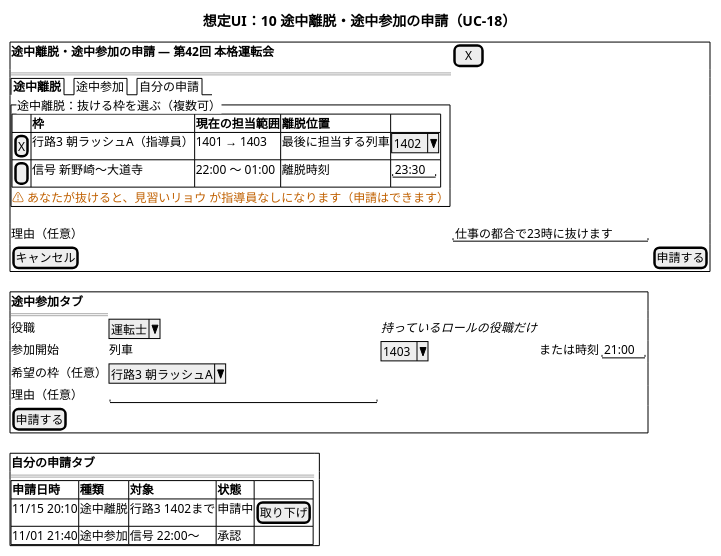
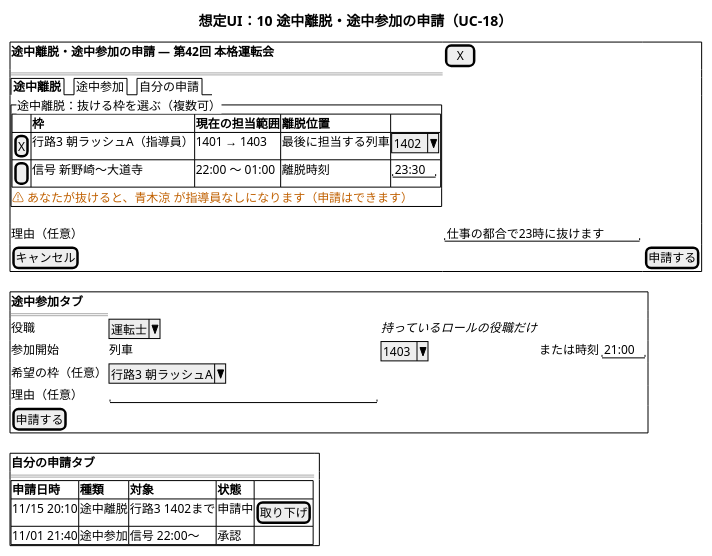
Before and after one commit to daidoji-traincrew-office/Tatehama_shukkindai: the diagram in Docs/diagrams/ui/10_途中離脱参加申請.puml, drawn with PlantUML. The commit also changed 34 other files, not shown here.

```diff
--- a/Docs/diagrams/ui/10_途中離脱参加申請.puml
+++ b/Docs/diagrams/ui/10_途中離脱参加申請.puml
@@ -1,41 +1,41 @@
 @startsalt ui-10
 skinparam defaultFontName "Yu Gothic UI"
 title 想定UI：10 途中離脱・途中参加の申請（UC-18）
 {
   {+
     <b>途中離脱・途中参加の申請 ― 第42回 本格運転会                     | [ X ]
     ==
     {/ <b>途中離脱 | 途中参加 | 自分の申請 }
     {^"途中離脱：抜ける枠を選ぶ（複数可）"
       {#
         . | <b>枠 | <b>現在の担当範囲 | <b>離脱位置 | .
         [X] | 行路3 朝ラッシュA（指導員） | 1401 → 1403 | 最後に担当する列車 | ^1402^
         [ ] | 信号 新野崎～大道寺 | 22:00 ～ 01:00 | 離脱時刻 | "23:30"
       }
-      <color:#C06000>⚠ あなたが抜けると、見習いリョウ が指導員なしになります（申請はできます）</color>
+      <color:#C06000>⚠ あなたが抜けると、青木涼 が指導員なしになります（申請はできます）</color>
     }
     理由（任意） | "仕事の都合で23時に抜けます          "
     [キャンセル] | . | [申請する]
   }
   .
   {+
     <b>途中参加タブ                                                    | .
     ==
     役職 | ^運転士^ | <i>持っているロールの役職だけ</i>
     参加開始 | 列車 | ^1403^ | または時刻 | "21:00"
     希望の枠（任意） | ^行路3 朝ラッシュA^
     理由（任意） | "                                 "
     [申請する]
   }
   .
   {+
     <b>自分の申請タブ                                                  | .
     ==
     {#
       <b>申請日時 | <b>種類 | <b>対象 | <b>状態 | .
       11/15 20:10 | 途中離脱 | 行路3 1402まで | 申請中 | [取り下げ]
       11/01 21:40 | 途中参加 | 信号 22:00～ | 承認 | .
     }
   }
 }
 @endsalt
```
